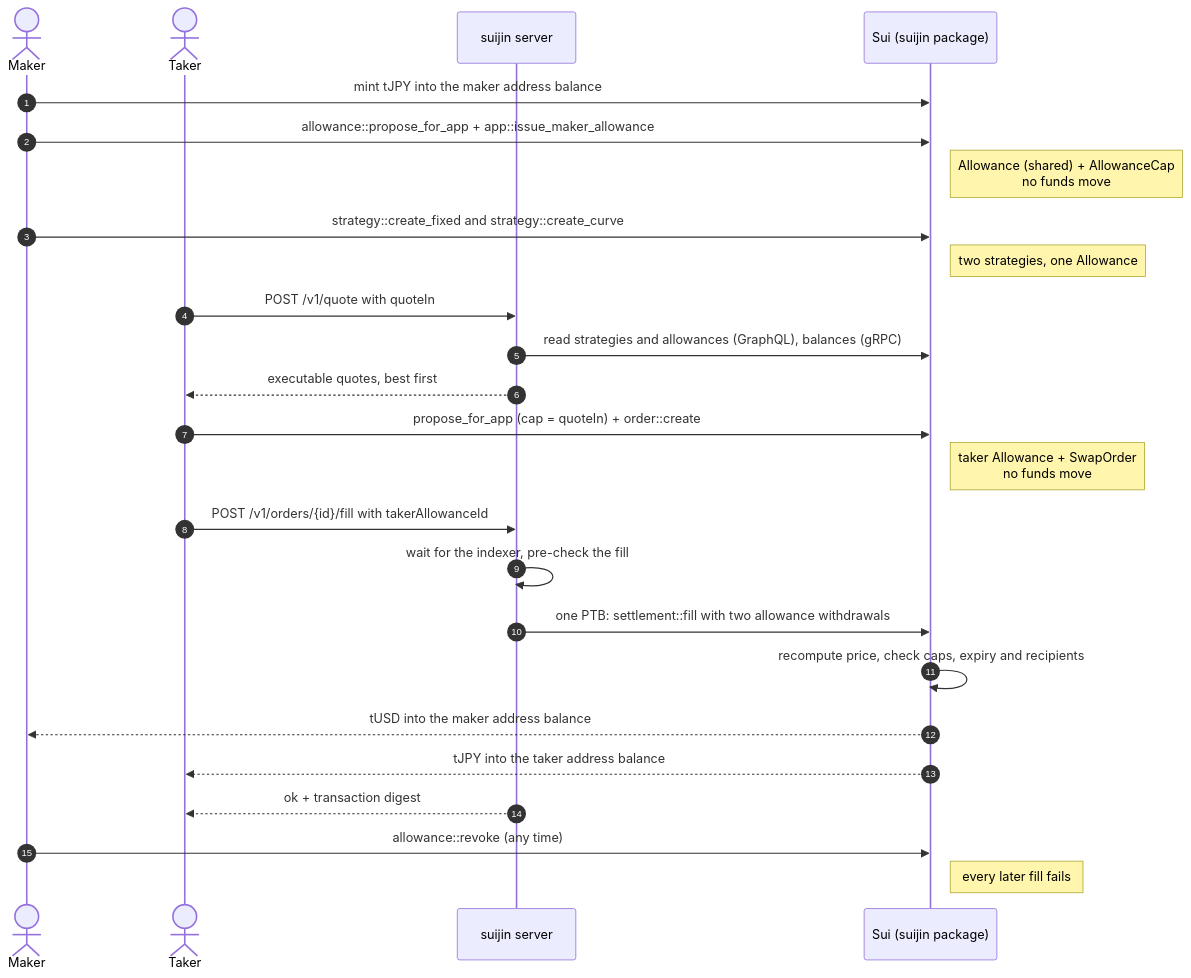
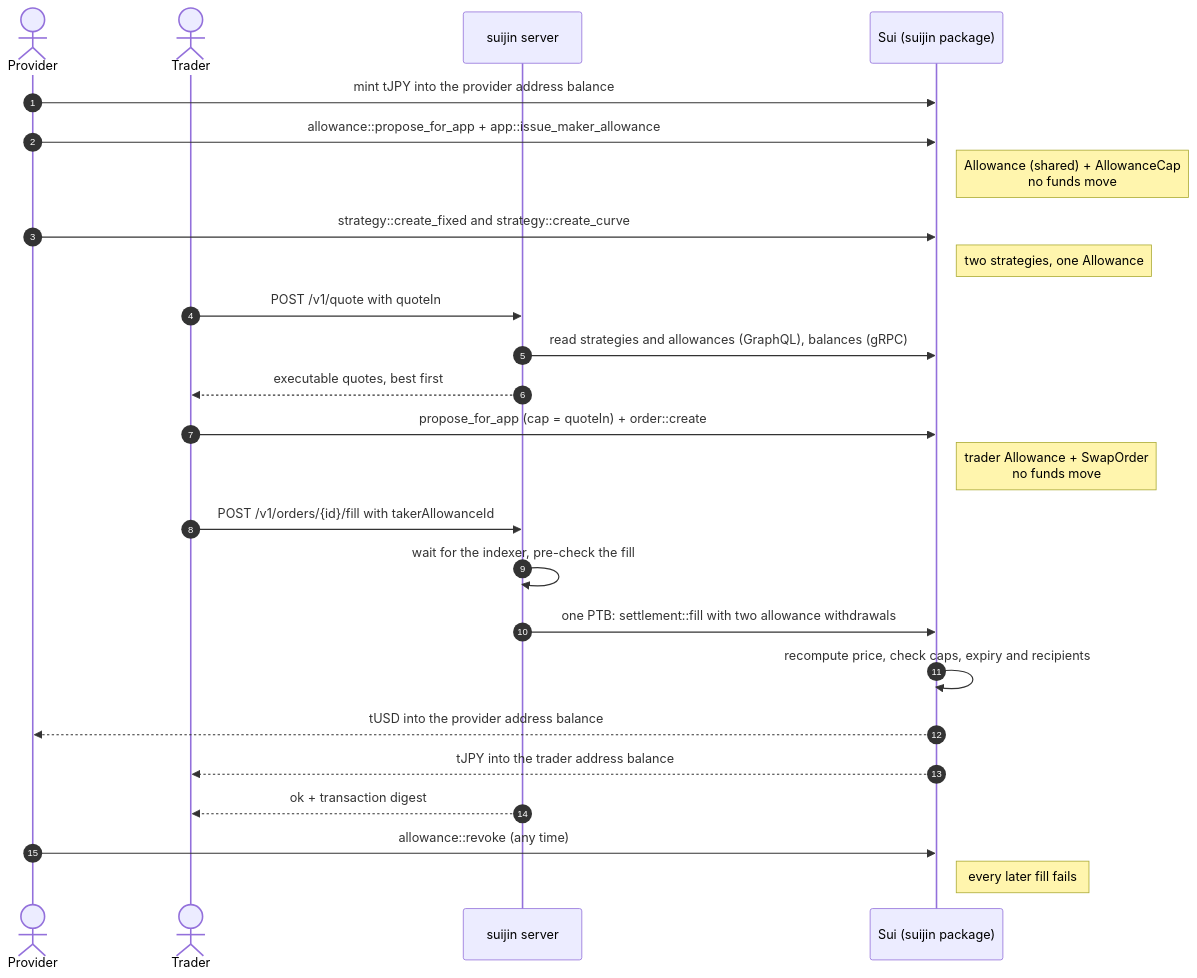
The second of 4 diagrams in README.md (xfajarr/SUIJIN), drawn with Mermaid before and after one commit. The commit also changed other lines of this file and 1 other file, not shown here.

Commit message:
docs(readme): logo, provider/trader wording, broader problem statement

````diff
--- a/README.md
+++ b/README.md
@@ -62,27 +88,27 @@
 ```mermaid
 sequenceDiagram
     autonumber
-    actor Maker
-    actor Taker
+    actor Provider
+    actor Trader
     participant Server as suijin server
     participant Chain as Sui (suijin package)
-    Maker->>Chain: mint tJPY into the maker address balance
-    Maker->>Chain: allowance::propose_for_app + app::issue_maker_allowance
+    Provider->>Chain: mint tJPY into the provider address balance
+    Provider->>Chain: allowance::propose_for_app + app::issue_maker_allowance
     Note right of Chain: Allowance (shared) + AllowanceCap<br/>no funds move
-    Maker->>Chain: strategy::create_fixed and strategy::create_curve
+    Provider->>Chain: strategy::create_fixed and strategy::create_curve
     Note right of Chain: two strategies, one Allowance
-    Taker->>Server: POST /v1/quote with quoteIn
+    Trader->>Server: POST /v1/quote with quoteIn
     Server->>Chain: read strategies and allowances (GraphQL), balances (gRPC)
-    Server-->>Taker: executable quotes, best first
-    Taker->>Chain: propose_for_app (cap = quoteIn) + order::create
-    Note right of Chain: taker Allowance + SwapOrder<br/>no funds move
-    Taker->>Server: POST /v1/orders/{id}/fill with takerAllowanceId
+    Server-->>Trader: executable quotes, best first
+    Trader->>Chain: propose_for_app (cap = quoteIn) + order::create
+    Note right of Chain: trader Allowance + SwapOrder<br/>no funds move
+    Trader->>Server: POST /v1/orders/{id}/fill with takerAllowanceId
     Server->>Server: wait for the indexer, pre-check the fill
     Server->>Chain: one PTB: settlement::fill with two allowance withdrawals
     Chain->>Chain: recompute price, check caps, expiry and recipients
-    Chain-->>Maker: tUSD into the maker address balance
-    Chain-->>Taker: tJPY into the taker address balance
-    Server-->>Taker: ok + transaction digest
-    Maker->>Chain: allowance::revoke (any time)
+    Chain-->>Provider: tUSD into the provider address balance
+    Chain-->>Trader: tJPY into the trader address balance
+    Server-->>Trader: ok + transaction digest
+    Provider->>Chain: allowance::revoke (any time)
     Note right of Chain: every later fill fails
 ```
````
